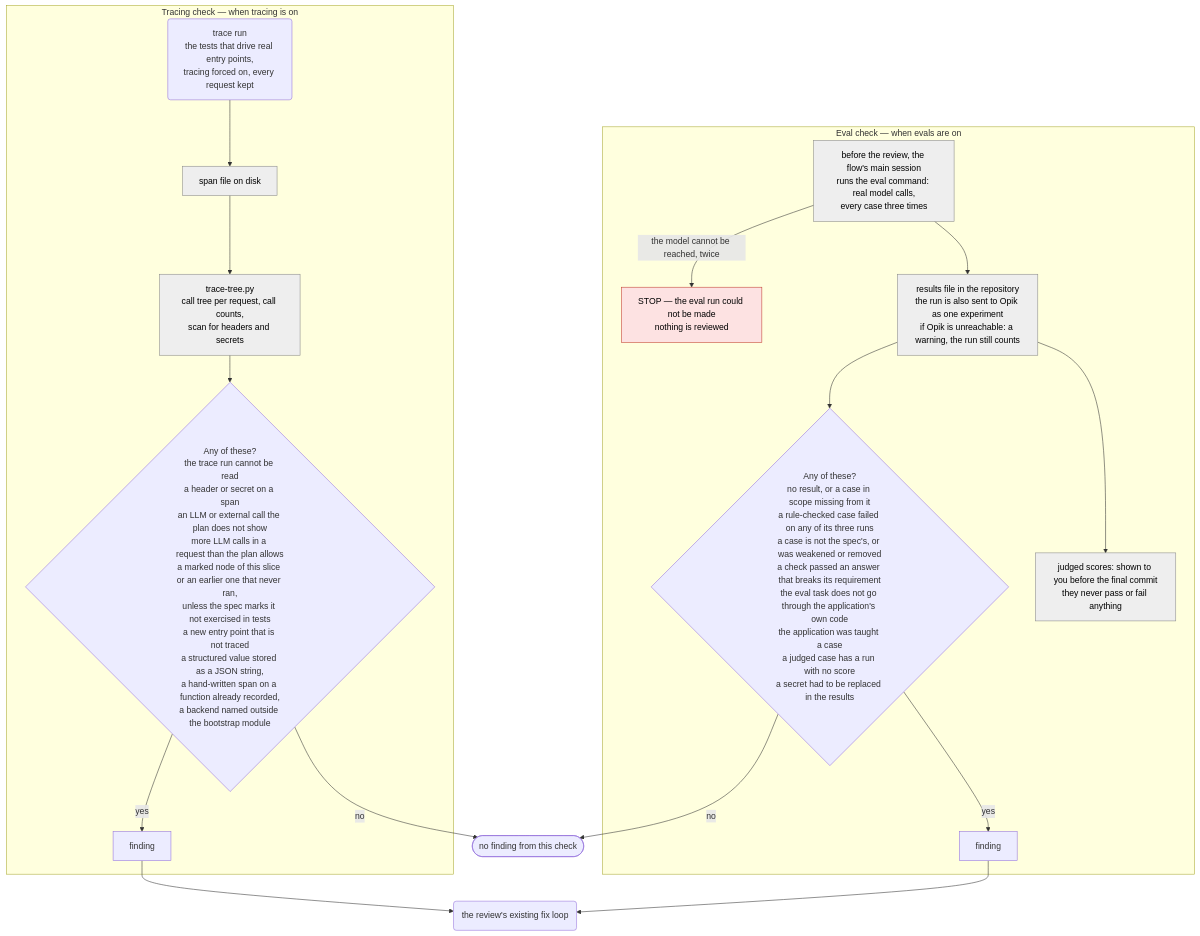
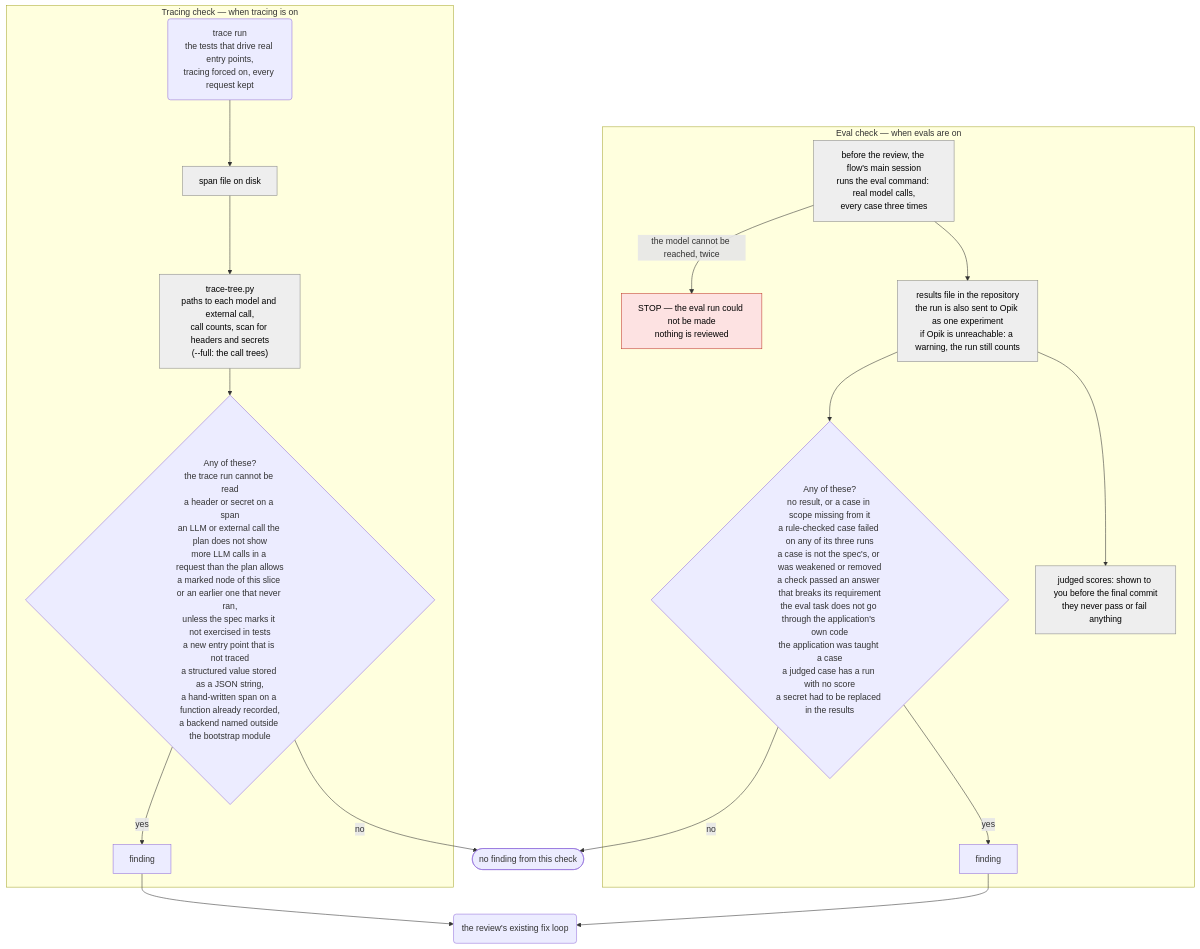
Before and after one commit to pablooliva/claude-plugins: the fourth of 5 diagrams in agent-engineering/docs/observability-diagram.md, drawn with Mermaid. The commit also changed 39 other files, not shown here.

First line of the commit message:
agent-engineering 5.18.0: Safety-Net measured by a hook; evals, growth and trace tree fixed

````diff
--- a/agent-engineering/docs/observability-diagram.md
+++ b/agent-engineering/docs/observability-diagram.md
@@ -122,24 +122,24 @@
 ```mermaid
 flowchart TD
     subgraph T ["Tracing check — when tracing is on"]
         run("trace run<br/>the tests that drive real entry points,<br/>tracing forced on, every request kept") --> file["span file on disk"]:::orch
-        file --> tree["trace-tree.py<br/>call tree per request, call counts,<br/>scan for headers and secrets"]:::orch
+        file --> tree["trace-tree.py<br/>paths to each model and external call,<br/>call counts, scan for headers and secrets<br/>(--full: the call trees)"]:::orch
         tree --> cmp{"Any of these?<br/>the trace run cannot be read<br/>a header or secret on a span<br/>an LLM or external call the plan does not show<br/>more LLM calls in a request than the plan allows<br/>a marked node of this slice or an earlier one that never ran,<br/>unless the spec marks it not exercised in tests<br/>a new entry point that is not traced<br/>a structured value stored as a JSON string,<br/>a hand-written span on a function already recorded,<br/>a backend named outside the bootstrap module"}
         cmp -- "yes" --> tf["finding"]
     end
     subgraph E ["Eval check — when evals are on"]
         ev["before the review, the flow's main session<br/>runs the eval command: real model calls,<br/>every case three times"]:::orch
         ev -- "the model cannot be reached, twice" --> estop["STOP — the eval run could not be made<br/>nothing is reviewed"]:::stop
         ev --> res["results file in the repository<br/>the run is also sent to Opik as one experiment<br/>if Opik is unreachable: a warning, the run still counts"]:::orch
         res --> chk{"Any of these?<br/>no result, or a case in scope missing from it<br/>a rule-checked case failed on any of its three runs<br/>a case is not the spec's, or was weakened or removed<br/>a check passed an answer that breaks its requirement<br/>the eval task does not go through the application's own code<br/>the application was taught a case<br/>a judged case has a run with no score<br/>a secret had to be replaced in the results"}
         chk -- "yes" --> ef["finding"]
         res --> judged["judged scores: shown to you before the final commit<br/>they never pass or fail anything"]:::orch
     end
     tf --> loop("the review's existing fix loop")
     ef --> loop
     cmp -- "no" --> ok(["no finding from this check"])
     chk -- "no" --> ok
 
     classDef orch fill:#eeeeee,stroke:#888888,color:#000
     classDef stop fill:#fde2e2,stroke:#c0392b,color:#000
 ```
````
